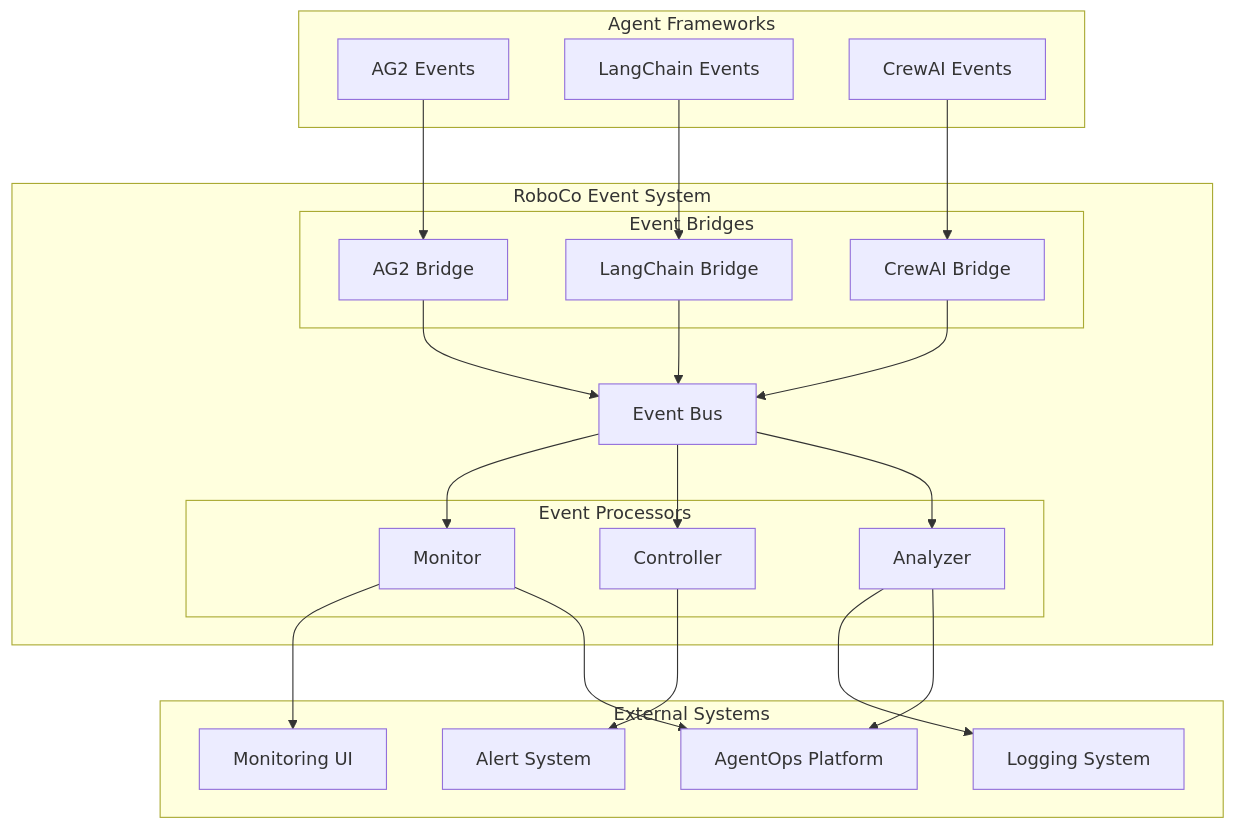
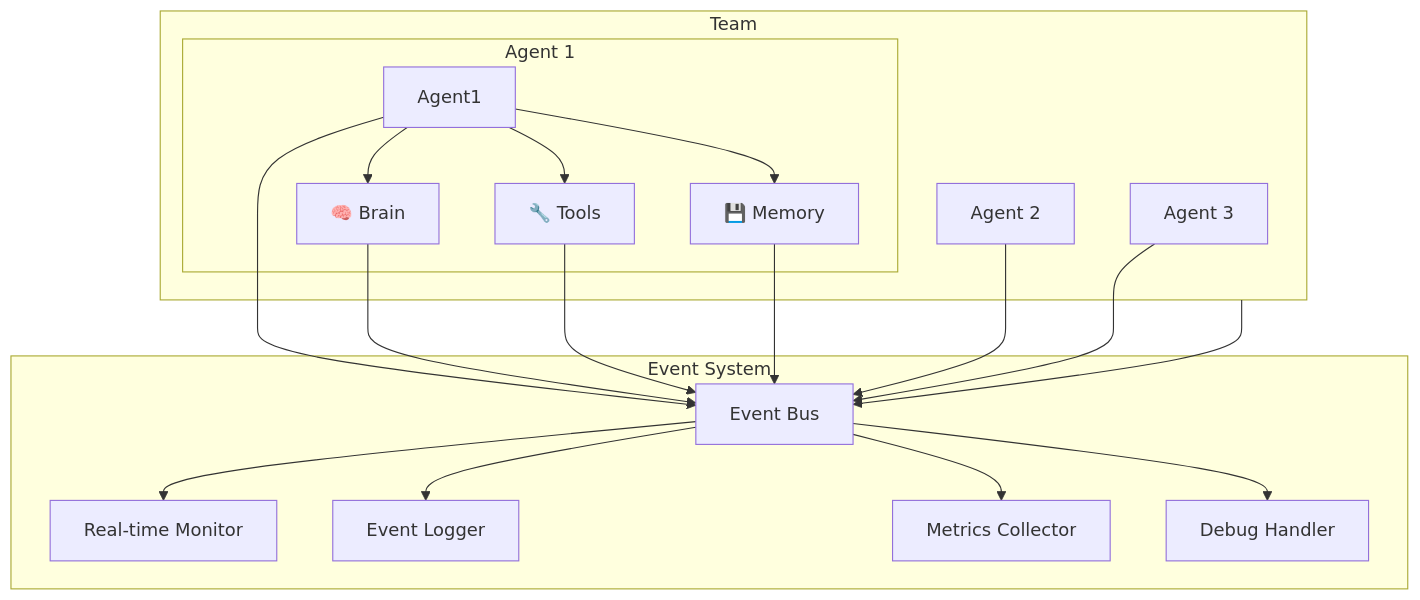
Before and after one commit to dustland/roboco: the diagram in docs/event-system.md, drawn with Mermaid. The commit also changed other lines of this file and 70 other files, not shown here.

Commit message:
feat: update Roboco framework to version 0.8.0 with enhanced multi-agent capabilities, improved documentation, and integration of best-in-class tools for better performance and usability

````diff
--- a/docs/event-system.md
+++ b/docs/event-system.md
@@ -27,47 +31,42 @@
 ```mermaid
 graph TB
-    subgraph "Agent Frameworks"
-        AG2[AG2 Events]
-        LC[LangChain Events]
-        CC[CrewAI Events]
+
+
+    subgraph "Team"
+        subgraph "Agent 1"
+            Agent1
+            Brain1[🧠 Brain]
+            Tools1[🔧 Tools]
+            Memory1[💾 Memory]
+            Agent1 --> Brain1
+            Agent1 --> Tools1
+            Agent1 --> Memory1
+        end
+        Agent2["Agent 2"]
+        Agent3["Agent 3"]
     end
 
-    subgraph "RoboCo Event System"
-        EB[Event Bus]
-        subgraph "Event Bridges"
-            AG2B[AG2 Bridge]
-            LCB[LangChain Bridge]
-            CCB[CrewAI Bridge]
-        end
-        subgraph "Event Processors"
-            MON[Monitor]
-            CTRL[Controller]
-            ANAL[Analyzer]
-        end
+    subgraph "Event System"
+        GlobalBus[Event Bus]
+
+        Monitor[Real-time Monitor]
+        Logger[Event Logger]
+        Metrics[Metrics Collector]
+        Debugger[Debug Handler]
     end
 
-    subgraph "External Systems"
-        UI[Monitoring UI]
-        LOG[Logging System]
-        ALERT[Alert System]
-        AGENTOPS[AgentOps Platform]
-    end
 
-    AG2 --> AG2B
-    LC --> LCB
-    CC --> CCB
 
-    AG2B --> EB
-    LCB --> EB
-    CCB --> EB
+    Agent1 --> GlobalBus
+    Brain1 --> GlobalBus
+    Tools1 --> GlobalBus
+    Memory1 --> GlobalBus
+    Agent2 --> GlobalBus
+    Agent3 --> GlobalBus
+    Team --> GlobalBus
 
-    EB --> MON
-    EB --> CTRL
-    EB --> ANAL
-
-    MON --> UI
-    MON --> AGENTOPS
-    ANAL --> LOG
-    ANAL --> AGENTOPS
-    CTRL --> ALERT
+    GlobalBus --> Monitor
+    GlobalBus --> Logger
+    GlobalBus --> Metrics
+    GlobalBus --> Debugger
 ```
````
